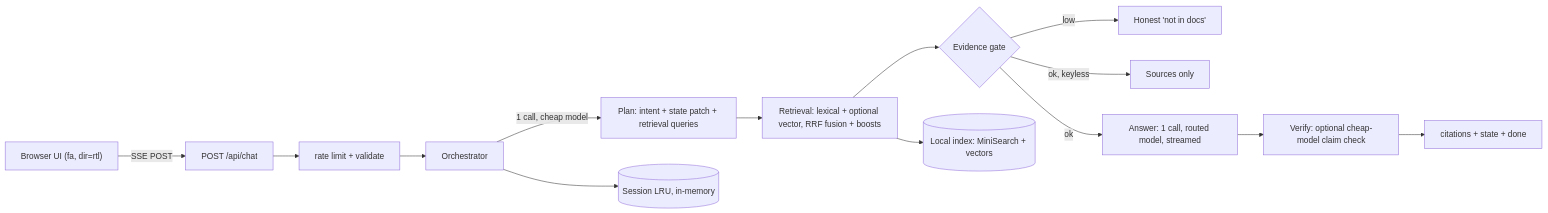
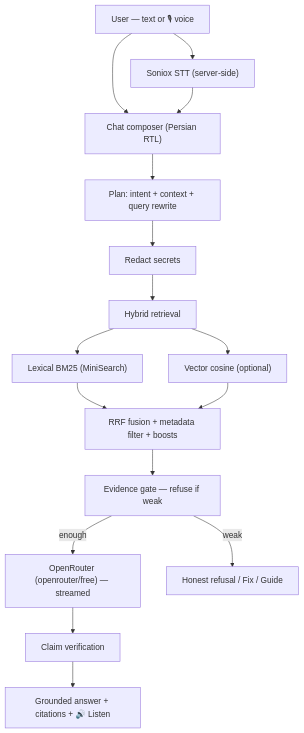
One commit to ladekarl1234-commits/liara-copilot changed the diagram in README.md. Above: the diagram before and after it, drawn with Mermaid. The commit also changed other lines of this file and 49 other files, not shown here.

First line of the commit message:
feat: Phase I amendment — voice (Soniox), OpenRouter provider, docs & benchmarks

````diff
--- a/README.md
+++ b/README.md
@@ -62,16 +33,18 @@
 ```mermaid
-flowchart LR
-    U["Browser UI (fa, dir=rtl)"] -->|SSE POST| API["POST /api/chat"]
-    API --> RL["rate limit + validate"]
-    RL --> ORC["Orchestrator"]
-    ORC -->|"1 call, cheap model"| PLAN["Plan: intent + state patch + retrieval queries"]
-    PLAN --> RET["Retrieval: lexical + optional vector, RRF fusion + boosts"]
-    RET --> GATE{"Evidence gate"}
-    GATE -->|low| INSUFFICIENT["Honest 'not in docs'"]
-    GATE -->|"ok, keyless"| SOURCES["Sources only"]
-    GATE -->|ok| ANSWER["Answer: 1 call, routed model, streamed"]
-    ANSWER --> VERIFY["Verify: optional cheap-model claim check"]
-    VERIFY --> DONE["citations + state + done"]
-    ORC --> SESS[("Session LRU, in-memory")]
-    RET --> IDX[("Local index: MiniSearch + vectors")]
+flowchart TD
+  U["User — text or 🎙 voice"] --> STT["Soniox STT (server-side)"]
+  U --> C["Chat composer (Persian RTL)"]
+  STT --> C
+  C --> P["Plan: intent + context + query rewrite"]
+  P --> RD["Redact secrets"]
+  RD --> R["Hybrid retrieval"]
+  R --> LEX["Lexical BM25 (MiniSearch)"]
+  R --> VEC["Vector cosine (optional)"]
+  LEX --> F["RRF fusion + metadata filter + boosts"]
+  VEC --> F
+  F --> G["Evidence gate — refuse if weak"]
+  G -->|enough| LLM["OpenRouter (openrouter/free) — streamed"]
+  G -->|weak| REF["Honest refusal / Fix / Guide"]
+  LLM --> V["Claim verification"]
+  V --> A["Grounded answer + citations + 🔊 Listen"]
 ```
````
